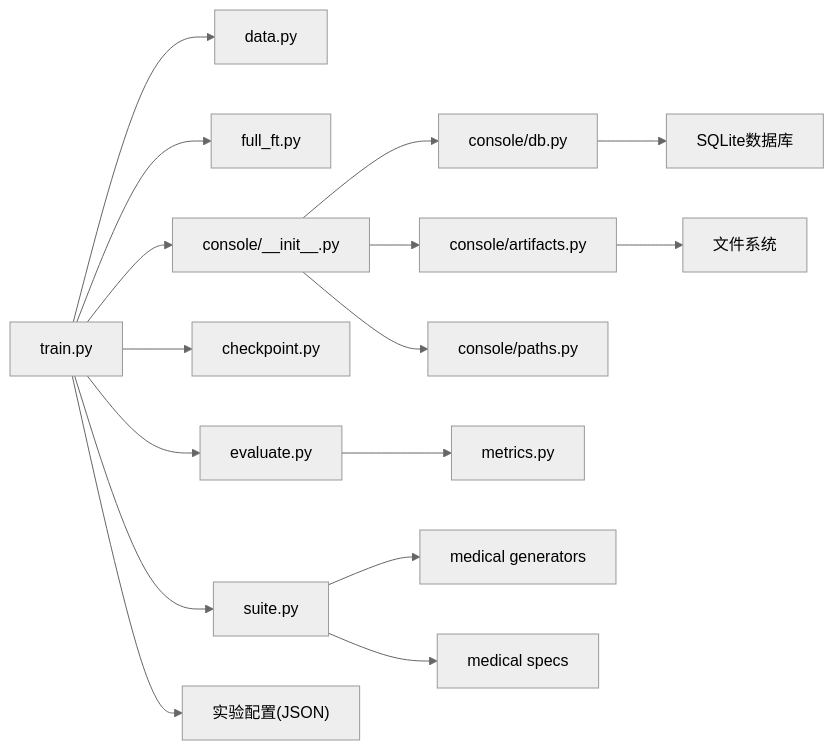
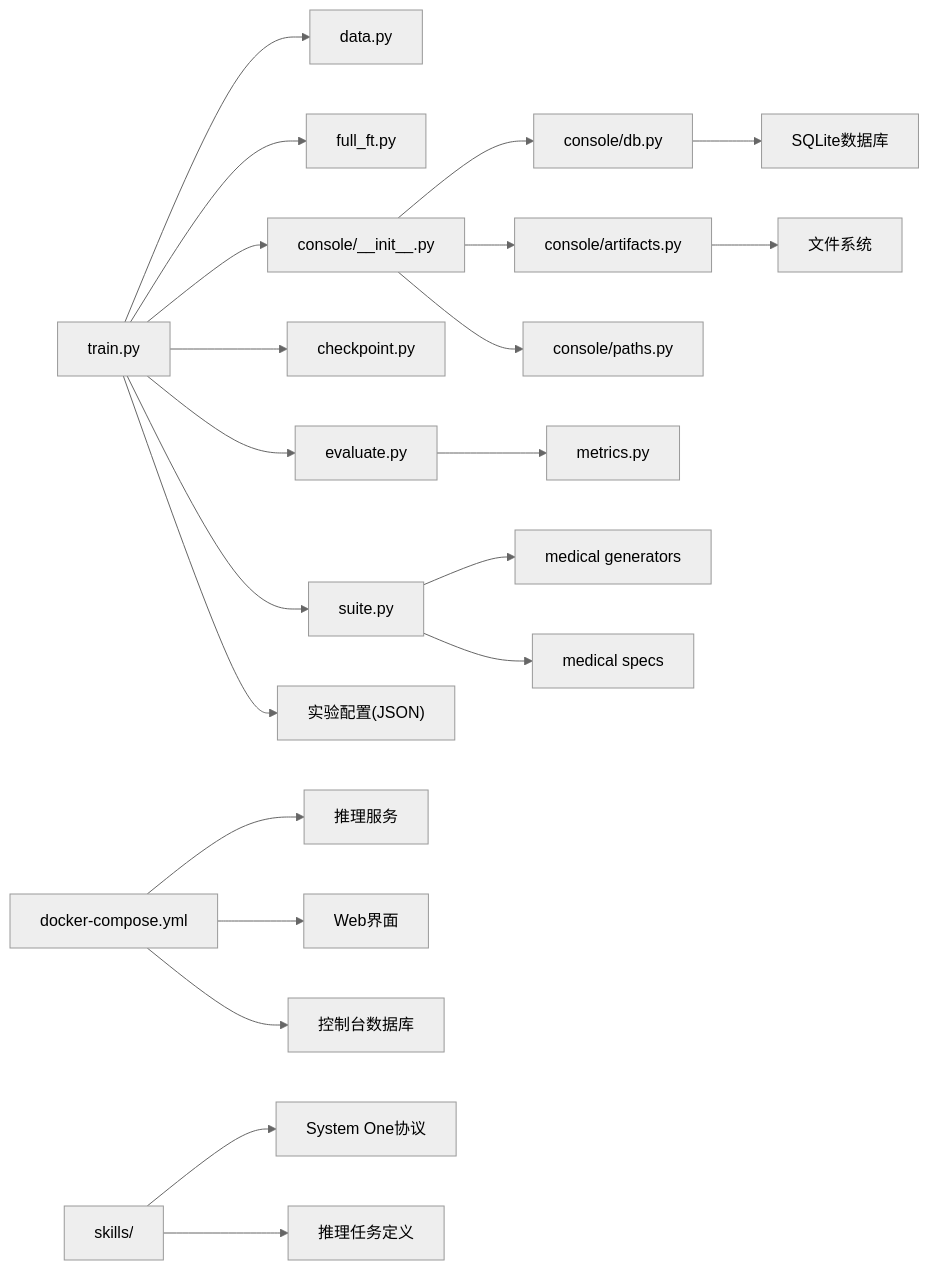
Diagram 13 of 13 in .qoder/repowiki/zh/content/训练框架/训练框架.md (joezxh/kev), drawn with Mermaid (neutral theme) before and after one commit. The commit also changed other lines of this file and 124 other files, not shown here.

````diff
--- a/.qoder/repowiki/zh/content/训练框架/训练框架.md
+++ b/.qoder/repowiki/zh/content/训练框架/训练框架.md
@@ -547,18 +641,23 @@
 ```mermaid
 graph LR
 Train["train.py"] --> Data["data.py"]
 Train --> FT["full_ft.py"]
 Train --> Eval["evaluate.py"]
 Train --> CKPT["checkpoint.py"]
 Train --> Suite["suite.py"]
 Train --> Console["console/__init__.py"]
 Console --> Store["console/db.py"]
 Console --> Artifacts["console/artifacts.py"]
 Console --> Paths["console/paths.py"]
 Eval --> Metrics["metrics.py"]
 Suite --> MedGen["medical generators"]
 Suite --> MedSpec["medical specs"]
 Store --> SQLite["SQLite数据库"]
 Artifacts --> FS["文件系统"]
 Train --> Exp["实验配置(JSON)"]
+Deploy["docker-compose.yml"] --> Server["推理服务"]
+Deploy --> Playground["Web界面"]
+Deploy --> Database["控制台数据库"]
+Skills["skills/"] --> Protocol["System One协议"]
+Skills --> Tasks["推理任务定义"]
 ```
````
